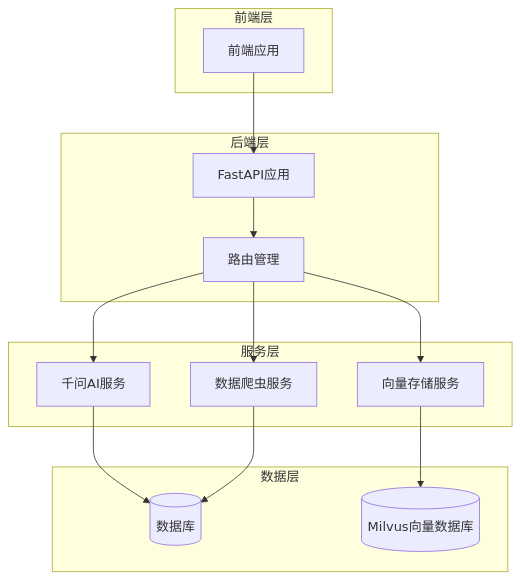
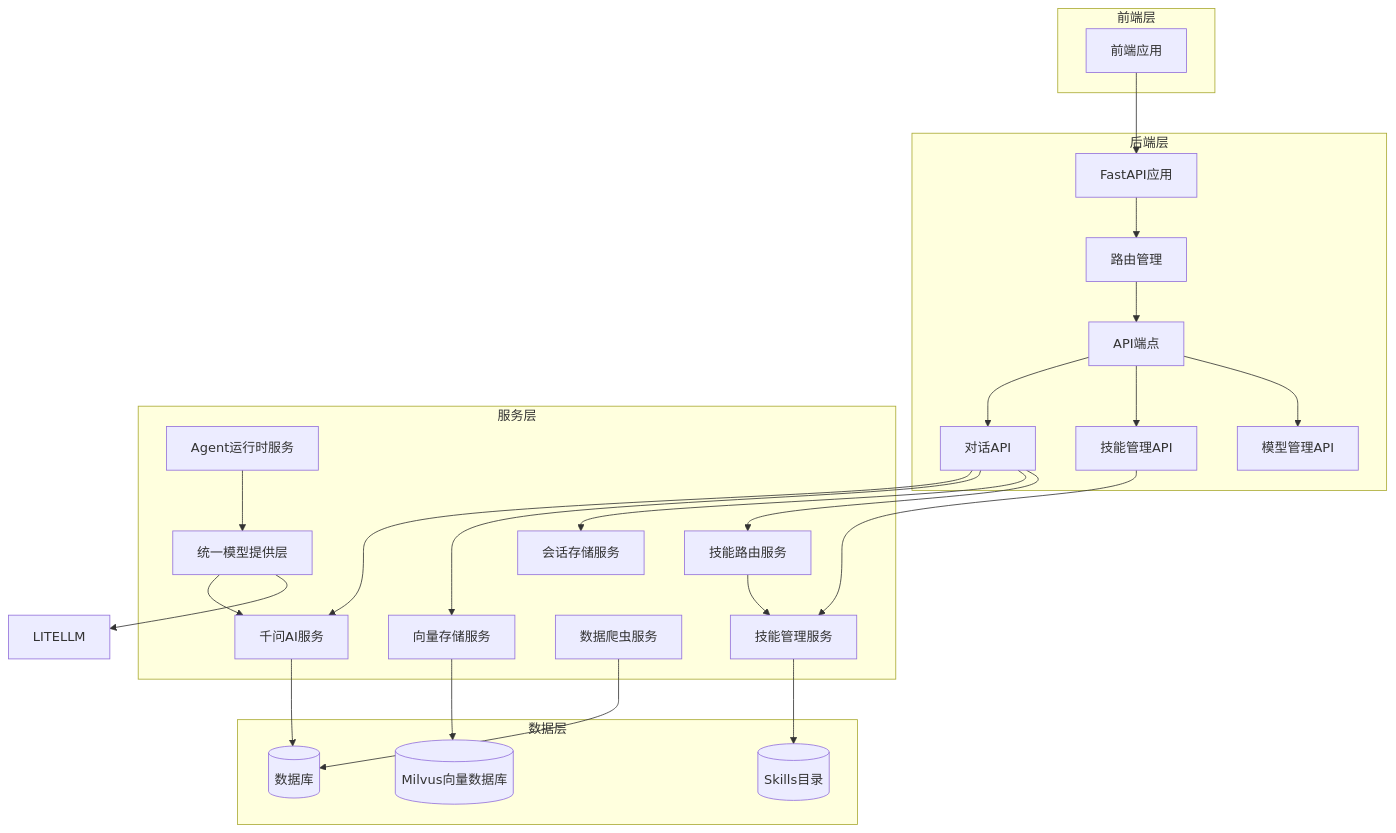
The first of 17 diagrams in .qoder/repowiki/zh/content/开发指南/扩展点与插件/AI服务插件扩展.md (ghbbn053-ship-itsoulddog/soulddog), drawn with Mermaid before and after one commit. The commit also changed other lines of this file and 119 other files, not shown here.

````diff
--- a/.qoder/repowiki/zh/content/开发指南/扩展点与插件/AI服务插件扩展.md
+++ b/.qoder/repowiki/zh/content/开发指南/扩展点与插件/AI服务插件扩展.md
@@ -43,27 +65,45 @@
 ```mermaid
 graph TB
 subgraph "前端层"
 FE[前端应用]
 end
 subgraph "后端层"
 API[FastAPI应用]
 ROUTER[路由管理]
+ENDPOINTS[API端点]
+ENDPOINTS --> CHAT[对话API]
+ENDPOINTS --> SKILLS[技能管理API]
+ENDPOINTS --> MODELS[模型管理API]
 end
 subgraph "服务层"
 QWEN[千问AI服务]
 VECTOR[向量存储服务]
 SCRAPER[数据爬虫服务]
+AGENT_RUNTIME[Agent运行时服务]
+SKILL_MANAGER[技能管理服务]
+SKILL_ROUTER[技能路由服务]
+MODEL_PROVIDER[统一模型提供层]
+SESSION_STORE[会话存储服务]
 end
 subgraph "数据层"
 DB[(数据库)]
 MILVUS[(Milvus向量数据库)]
+SKILLS_DIR[(Skills目录)]
 end
 FE --> API
 API --> ROUTER
-ROUTER --> QWEN
-ROUTER --> VECTOR
-ROUTER --> SCRAPER
+ROUTER --> ENDPOINTS
+CHAT --> QWEN
+CHAT --> VECTOR
+CHAT --> SESSION_STORE
+CHAT --> SKILL_ROUTER
+SKILLS --> SKILL_MANAGER
+SKILL_MANAGER --> SKILLS_DIR
+SKILL_ROUTER --> SKILL_MANAGER
+MODEL_PROVIDER --> QWEN
+MODEL_PROVIDER --> LITELLM
+AGENT_RUNTIME --> MODEL_PROVIDER
 QWEN --> DB
 VECTOR --> MILVUS
 SCRAPER --> DB
 ```
````
